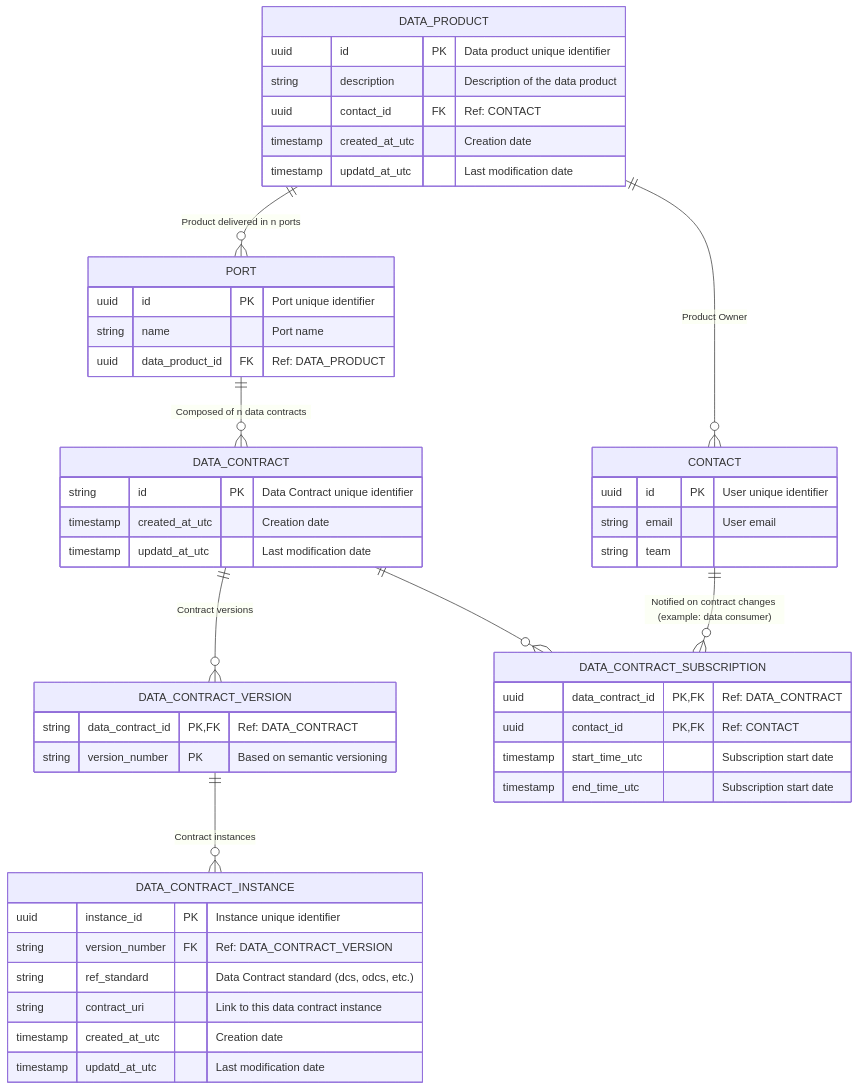
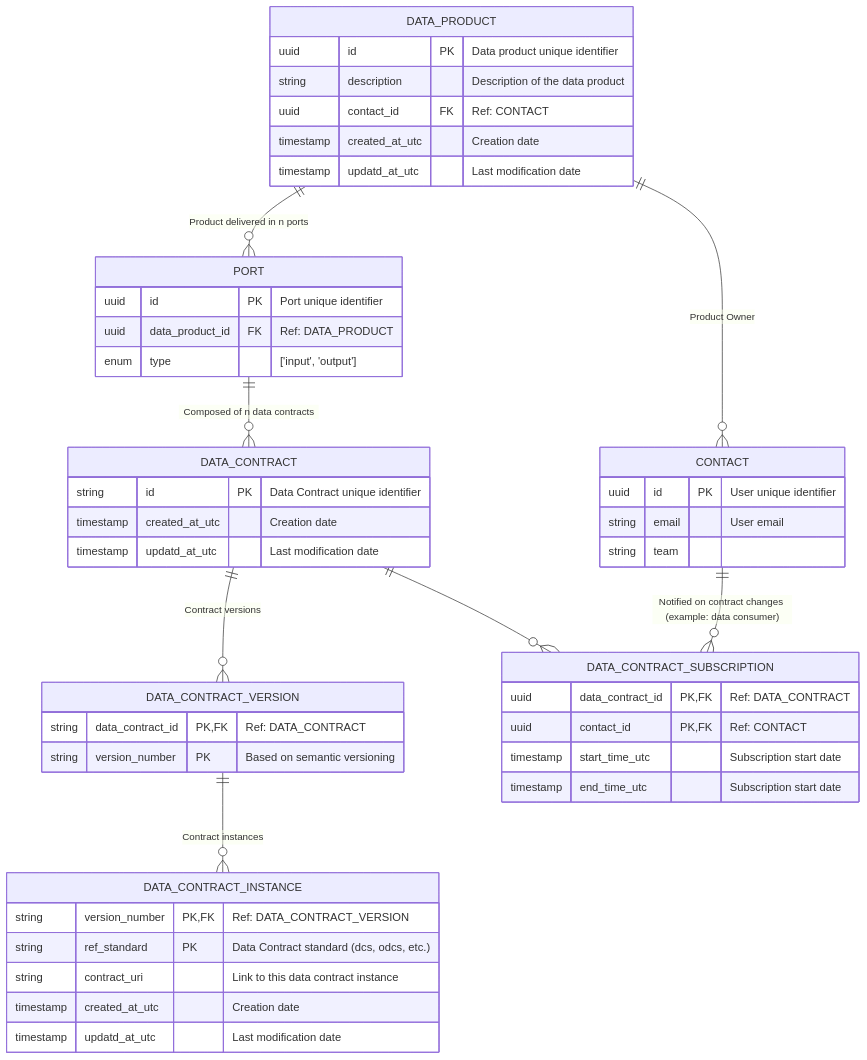
Before and after one commit to monmaya/base-impl: the diagram in docs/relational_model.md, drawn with Mermaid.

````diff
--- a/docs/relational_model.md
+++ b/docs/relational_model.md
@@ -5,62 +5,62 @@
 ```mermaid
 
 erDiagram
 
     DATA_PRODUCT {
         uuid id PK "Data product unique identifier"
         string description "Description of the data product"
         uuid contact_id FK "Ref: CONTACT"
         timestamp created_at_utc "Creation date"
         timestamp updatd_at_utc "Last modification date"
     }
 
     PORT {
         uuid id PK "Port unique identifier"
-        string name "Port name"
         uuid data_product_id FK "Ref: DATA_PRODUCT"
+        enum type "['input', 'output']"
+        
     }
 
     DATA_CONTRACT {
         string id PK "Data Contract unique identifier"
         timestamp created_at_utc "Creation date"
         timestamp updatd_at_utc "Last modification date"
     }
 
     DATA_CONTRACT_VERSION {
         string data_contract_id PK, FK "Ref: DATA_CONTRACT"
         string version_number PK "Based on semantic versioning"
     }
 
     DATA_CONTRACT_INSTANCE {
-        uuid instance_id PK "Instance unique identifier"
-        string version_number FK "Ref: DATA_CONTRACT_VERSION"
-        string ref_standard "Data Contract standard (dcs, odcs, etc.)"
+        string version_number PK, FK "Ref: DATA_CONTRACT_VERSION"
+        string ref_standard PK "Data Contract standard (dcs, odcs, etc.)"
         string contract_uri "Link to this data contract instance"
         timestamp created_at_utc "Creation date"
         timestamp updatd_at_utc "Last modification date"
     }
     
     DATA_CONTRACT_SUBSCRIPTION {
         uuid data_contract_id PK, FK "Ref: DATA_CONTRACT"
         uuid contact_id PK, FK "Ref: CONTACT"
         timestamp start_time_utc "Subscription start date"
         timestamp end_time_utc "Subscription start date"
     }
 
     CONTACT {
         uuid id PK "User unique identifier"
         string email "User email"
         string team
     }
 
 
     DATA_PRODUCT ||--o{ PORT : "Product delivered in n ports"
     DATA_PRODUCT ||--o{ CONTACT : "Product Owner"
     PORT ||--o{ DATA_CONTRACT : "Composed of n data contracts"
     DATA_CONTRACT ||--o{ DATA_CONTRACT_VERSION : "Contract versions"
     DATA_CONTRACT_VERSION ||--o{ DATA_CONTRACT_INSTANCE : "Contract instances"
     DATA_CONTRACT ||--o{ DATA_CONTRACT_SUBSCRIPTION : ""
     CONTACT ||--o{ DATA_CONTRACT_SUBSCRIPTION : "Notified on contract changes (example: data consumer)"
 
 
   ```
````
